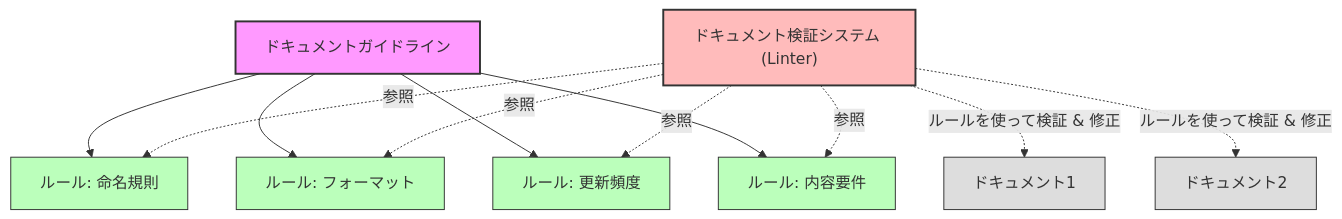
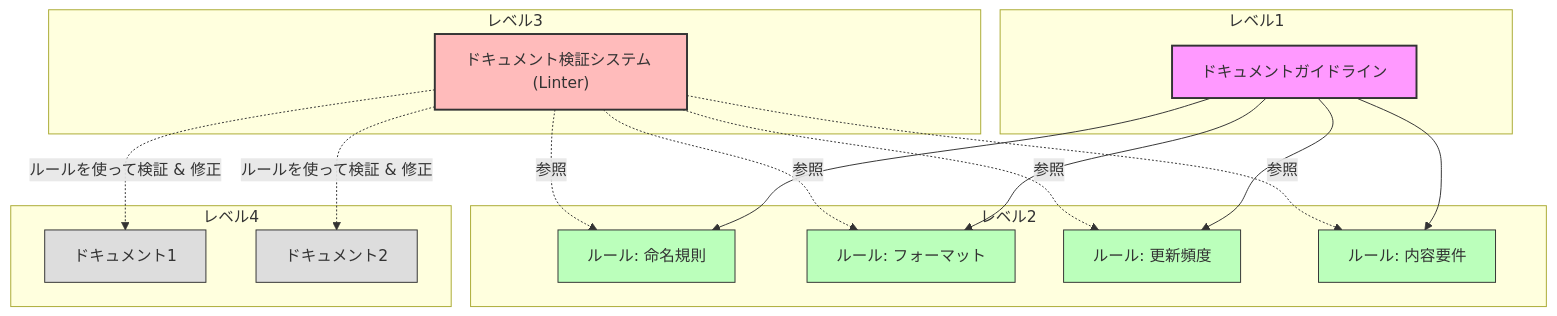
The first of 2 diagrams in Guideline.md (ToyB0x/ai-coding-rules), drawn with Mermaid before and after one commit. The commit also changed other lines of this file and 1 other file, not shown here.

Commit message:
docs: update mermaid diagrams for improved structure and clarity in guidelines

````diff
--- a/Guideline.md
+++ b/Guideline.md
@@ -7,24 +7,44 @@
 ```mermaid
-graph TD
-  A["ドキュメントガイドライン"] --> C1["ルール: 命名規則"]
-  A --> C2["ルール: フォーマット"]
-  A --> C3["ルール: 更新頻度"]
-  A --> C4["ルール: 内容要件"]
+graph TB
+  subgraph レベル1["レベル1"]
+    A["ドキュメントガイドライン"]
+  end
   
-  D["ドキュメント検証システム (Linter)"] -.-> |"参照"| C1
+  subgraph レベル2["レベル2"]
+    C1["ルール: 命名規則"]
+    C2["ルール: フォーマット"]
+    C3["ルール: 更新頻度"]
+    C4["ルール: 内容要件"]
+  end
+  
+  subgraph レベル3["レベル3"]
+    D["ドキュメント検証システム (Linter)"]
+  end
+  
+  subgraph レベル4["レベル4"]
+    E1["ドキュメント1"]
+    E2["ドキュメント2"]
+  end
+  
+  A --> C1
+  A --> C2
+  A --> C3
+  A --> C4
+  
+  D -.-> |"参照"| C1
   D -.-> |"参照"| C2
   D -.-> |"参照"| C3
   D -.-> |"参照"| C4
   
-  D -.-> |"ルールを使って検証 & 修正"| E1["ドキュメント1"]
-  D -.-> |"ルールを使って検証 & 修正"| E2["ドキュメント2"]
+  D -.-> |"ルールを使って検証 & 修正"| E1
+  D -.-> |"ルールを使って検証 & 修正"| E2
   
   style A fill:#f9f,stroke:#333,stroke-width:2px
   style C1 fill:#bfb,stroke:#333,stroke-width:1px
   style C2 fill:#bfb,stroke:#333,stroke-width:1px
   style C3 fill:#bfb,stroke:#333,stroke-width:1px
   style C4 fill:#bfb,stroke:#333,stroke-width:1px
   style D fill:#fbb,stroke:#333,stroke-width:2px
   style E1 fill:#ddd,stroke:#333,stroke-width:1px
   style E2 fill:#ddd,stroke:#333,stroke-width:1px
 ```
````
